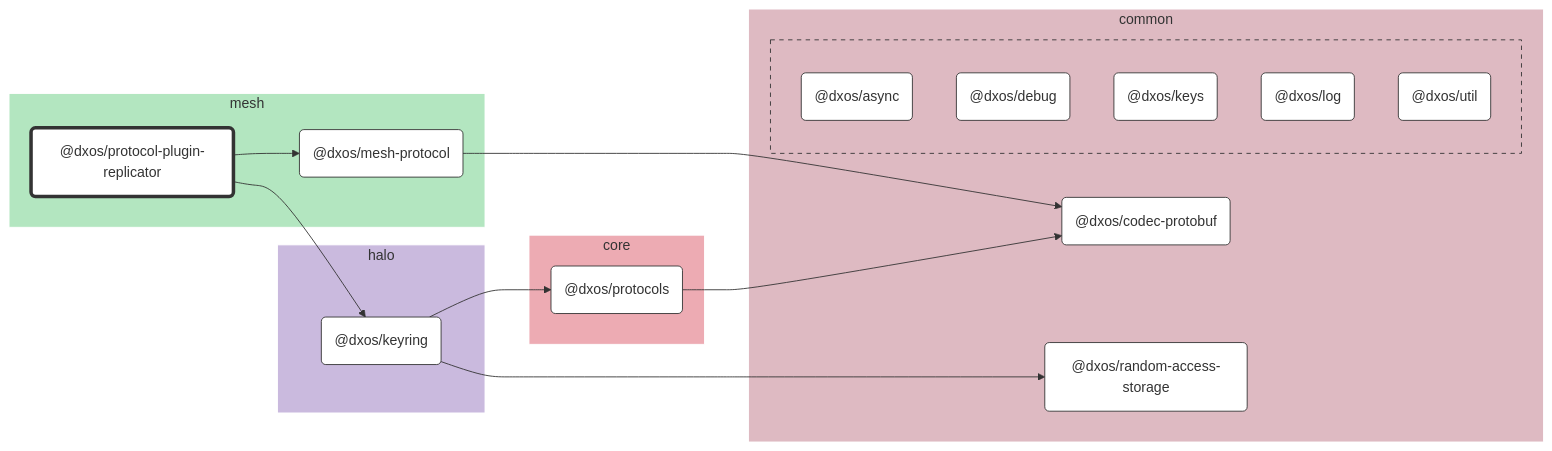
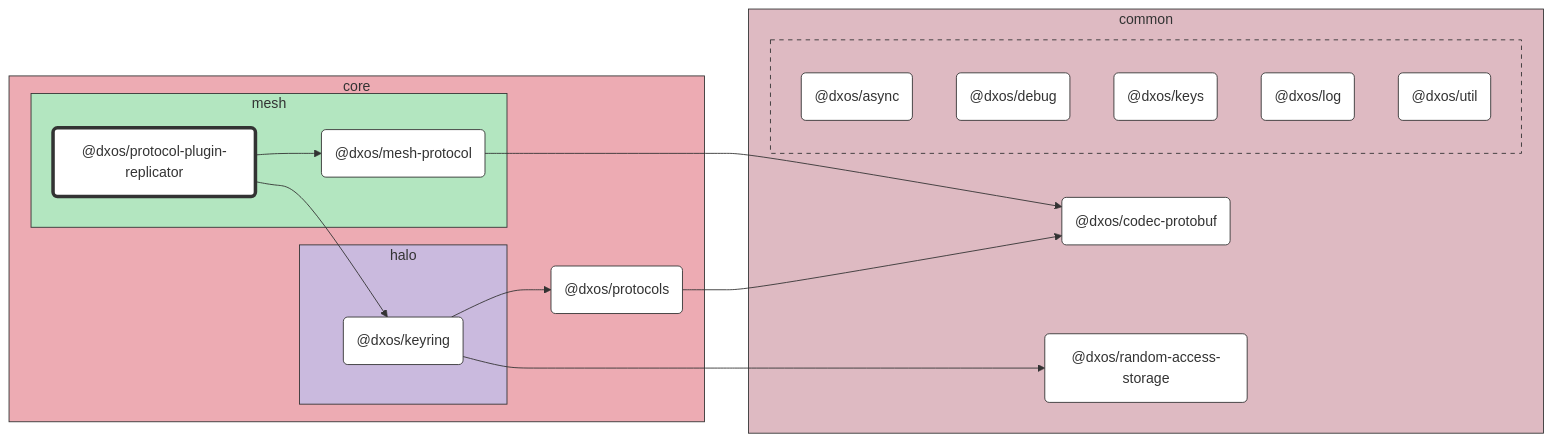
The diagram in packages/core/mesh/protocol-plugin-replicator/docs/README.md (dxos/dxos), drawn with Mermaid before and after one commit. The commit also changed 89 other files, not shown here.

````diff
--- a/packages/core/mesh/protocol-plugin-replicator/docs/README.md
+++ b/packages/core/mesh/protocol-plugin-replicator/docs/README.md
@@ -7,62 +7,62 @@
 ```mermaid
 %%{ init: {'flowchart':{'curve':'basis'}} }%%
 
 flowchart LR
 
 %% Classes
 classDef def fill:#fff,stroke:#333,stroke-width:1px
 classDef root fill:#fff,stroke:#333,stroke-width:4px
 
 %% Nodes
 
-subgraph mesh [mesh]
-  style mesh fill:#b3e6c0,stroke:#fff
-  dxos/protocol-plugin-replicator("@dxos/protocol-plugin-replicator"):::root
-  click dxos/protocol-plugin-replicator "dxos/dxos/tree/main/packages/core/mesh/protocol-plugin-replicator/docs"
-  dxos/mesh-protocol("@dxos/mesh-protocol"):::def
-  click dxos/mesh-protocol "dxos/dxos/tree/main/packages/core/mesh/mesh-protocol/docs"
+subgraph core [core]
+  style core fill:#edabb3,stroke:#333
+  dxos/protocols("@dxos/protocols"):::def
+  click dxos/protocols "dxos/dxos/tree/main/packages/core/protocols/docs"
+
+  subgraph mesh [mesh]
+    style mesh fill:#b3e6c0,stroke:#333
+    dxos/protocol-plugin-replicator("@dxos/protocol-plugin-replicator"):::root
+    click dxos/protocol-plugin-replicator "dxos/dxos/tree/main/packages/core/mesh/protocol-plugin-replicator/docs"
+    dxos/mesh-protocol("@dxos/mesh-protocol"):::def
+    click dxos/mesh-protocol "dxos/dxos/tree/main/packages/core/mesh/mesh-protocol/docs"
+  end
+
+  subgraph halo [halo]
+    style halo fill:#cabade,stroke:#333
+    dxos/keyring("@dxos/keyring"):::def
+    click dxos/keyring "dxos/dxos/tree/main/packages/core/halo/keyring/docs"
+  end
 end
 
 subgraph common [common]
-  style common fill:#debac2,stroke:#fff
+  style common fill:#debac2,stroke:#333
   dxos/codec-protobuf("@dxos/codec-protobuf"):::def
   click dxos/codec-protobuf "dxos/dxos/tree/main/packages/common/codec-protobuf/docs"
   dxos/random-access-storage("@dxos/random-access-storage"):::def
   click dxos/random-access-storage "dxos/dxos/tree/main/packages/common/random-access-storage/docs"
 
-  subgraph common-excluded [ ]
-    style common-excluded fill:#debac2,stroke:#333,stroke-dasharray:5 5
+  subgraph _ [ ]
+    style _ fill:#debac2,stroke:#333,stroke-dasharray:5 5
     dxos/async("@dxos/async"):::def
     click dxos/async "dxos/dxos/tree/main/packages/common/async/docs"
     dxos/debug("@dxos/debug"):::def
     click dxos/debug "dxos/dxos/tree/main/packages/common/debug/docs"
     dxos/keys("@dxos/keys"):::def
     click dxos/keys "dxos/dxos/tree/main/packages/common/keys/docs"
     dxos/log("@dxos/log"):::def
     click dxos/log "dxos/dxos/tree/main/packages/common/log/docs"
     dxos/util("@dxos/util"):::def
     click dxos/util "dxos/dxos/tree/main/packages/common/util/docs"
   end
 end
 
-subgraph halo [halo]
-  style halo fill:#cabade,stroke:#fff
-  dxos/keyring("@dxos/keyring"):::def
-  click dxos/keyring "dxos/dxos/tree/main/packages/core/halo/keyring/docs"
-end
-
-subgraph core [core]
-  style core fill:#edabb3,stroke:#fff
-  dxos/protocols("@dxos/protocols"):::def
-  click dxos/protocols "dxos/dxos/tree/main/packages/core/protocols/docs"
-end
-
 %% Links
 linkStyle default stroke:#333,stroke-width:1px
 dxos/protocol-plugin-replicator --> dxos/keyring
 dxos/keyring --> dxos/protocols
 dxos/protocols --> dxos/codec-protobuf
 dxos/keyring --> dxos/random-access-storage
 dxos/protocol-plugin-replicator --> dxos/mesh-protocol
 dxos/mesh-protocol --> dxos/codec-protobuf
 ```
````
